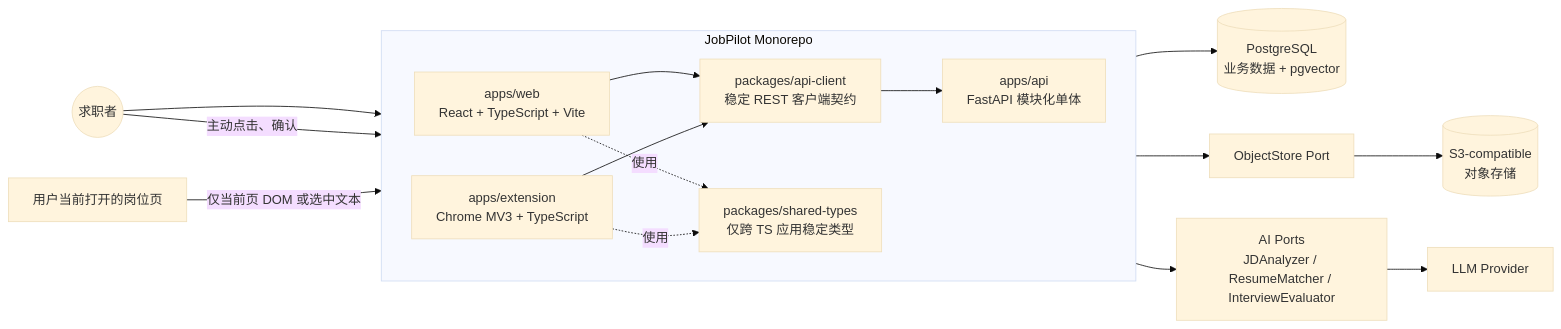
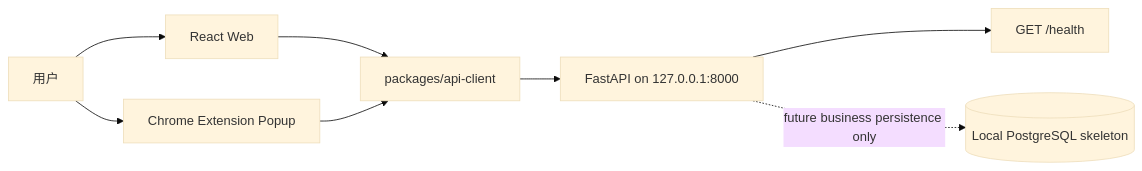
Before and after one commit to xiaoxin12138888-svg/JobPilot: the diagram in docs/ARCHITECTURE.md, drawn with Mermaid (base theme). The commit also changed other lines of this file and 25 other files, not shown here.

````diff
--- a/docs/ARCHITECTURE.md
+++ b/docs/ARCHITECTURE.md
@@ -41,32 +17,18 @@
 ```mermaid
 flowchart LR
-    U((求职者))
-    P[用户当前打开的岗位页]
-
-    subgraph MONO["JobPilot Monorepo"]
-        direction LR
-        W["apps/web<br/>React + TypeScript + Vite"]
-        E["apps/extension<br/>Chrome MV3 + TypeScript"]
-        C["packages/api-client<br/>稳定 REST 客户端契约"]
-        T["packages/shared-types<br/>仅跨 TS 应用稳定类型"]
-        A["apps/api<br/>FastAPI 模块化单体"]
-        W --> C
-        E --> C
-        W -.使用.-> T
-        E -.使用.-> T
-        C --> A
-    end
-
-    DB[("PostgreSQL<br/>业务数据 + pgvector")]
-    OS["ObjectStore Port"]
-    S3[("S3-compatible<br/>对象存储")]
-    AI["AI Ports<br/>JDAnalyzer / ResumeMatcher / InterviewEvaluator"]
-    LLM["LLM Provider"]
+    U[用户]
+    W[React Web]
+    E[Chrome Extension Popup]
+    C[packages/api-client]
+    A[FastAPI on 127.0.0.1:8000]
+    H[GET /health]
+    P[(Local PostgreSQL skeleton)]
 
     U --> W
-    U -->|主动点击、确认| E
-    P -->|仅当前页 DOM 或选中文本| E
-    A --> DB
-    A --> OS --> S3
-    A --> AI --> LLM
+    U --> E
+    W --> C
+    E --> C
+    C --> A
+    A --> H
+    A -. future business persistence only .-> P
 ```
````
